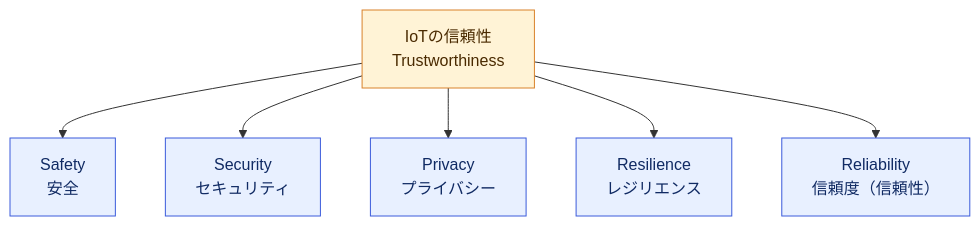
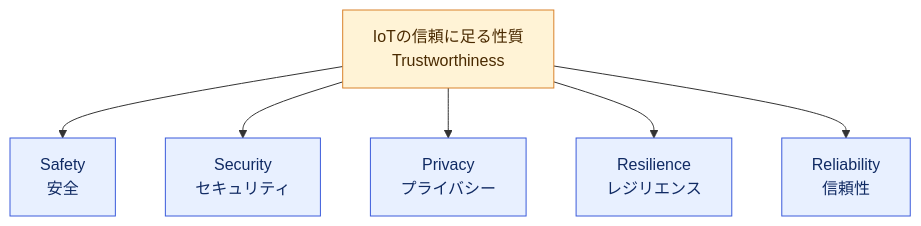
Before and after one commit to myoshi2891/Quality-Assurance-Studies: the third of 11 diagrams in Iso-iec-ts-30149-2024-guide.md, drawn with Mermaid. The commit also changed other lines of this file and 2 other files, not shown here.

````diff
--- a/Iso-iec-ts-30149-2024-guide.md
+++ b/Iso-iec-ts-30149-2024-guide.md
@@ -200,12 +200,12 @@
 ```mermaid
 flowchart TB
-    TW["IoTの信頼性<br/>Trustworthiness"] --> C1["Safety<br/>安全"]
+    TW["IoTの信頼に足る性質<br/>Trustworthiness"] --> C1["Safety<br/>安全"]
     TW --> C2["Security<br/>セキュリティ"]
     TW --> C3["Privacy<br/>プライバシー"]
     TW --> C4["Resilience<br/>レジリエンス"]
-    TW --> C5["Reliability<br/>信頼度（信頼性）"]
+    TW --> C5["Reliability<br/>信頼性"]
     classDef root fill:#fff3d6,stroke:#d9822b,color:#4a2a00
     classDef leaf fill:#e8f0ff,stroke:#3b5bdb,color:#102a63
     class TW root
     class C1,C2,C3,C4,C5 leaf
 ```
````
